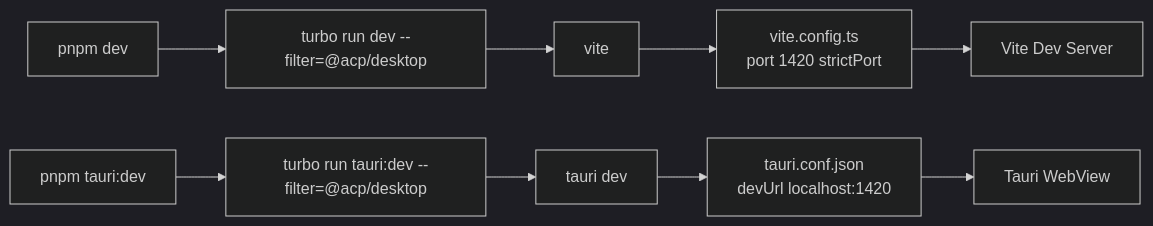
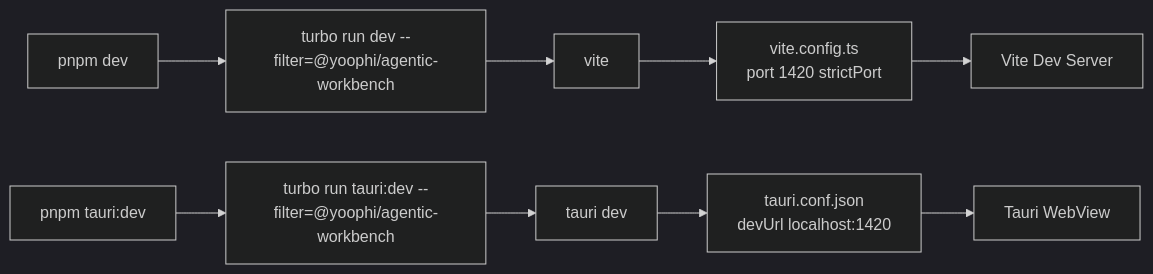
Before and after one commit to yoophi/agentic-workspace: the first of 3 diagrams in docs/dynamic-dev-port.md, drawn with Mermaid (dark theme). The commit also changed other lines of this file and 285 other files, not shown here.

First line of the commit message:
chore: rename project acp-minimal-app → agentic-workbench

````diff
--- a/docs/dynamic-dev-port.md
+++ b/docs/dynamic-dev-port.md
@@ -28,11 +28,11 @@
 ```mermaid
 flowchart LR
-  Root[pnpm dev] --> Turbo[turbo run dev --filter=@acp/desktop]
+  Root[pnpm dev] --> Turbo[turbo run dev --filter=@yoophi/agentic-workbench]
   Turbo --> Vite[vite]
-  RootTauri[pnpm tauri:dev] --> TurboTauri[turbo run tauri:dev --filter=@acp/desktop]
+  RootTauri[pnpm tauri:dev] --> TurboTauri[turbo run tauri:dev --filter=@yoophi/agentic-workbench]
   TurboTauri --> Tauri[tauri dev]
   Tauri --> Conf[tauri.conf.json<br/>devUrl localhost:1420]
   Vite --> ViteConf[vite.config.ts<br/>port 1420 strictPort]
   Conf --> WebView[Tauri WebView]
   ViteConf --> DevServer[Vite Dev Server]
 ```
````
